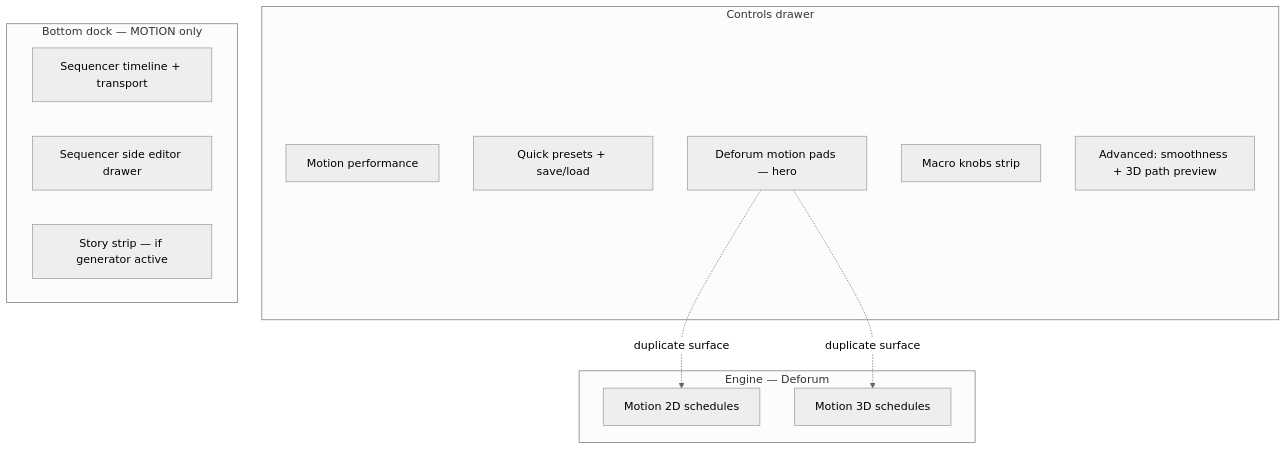
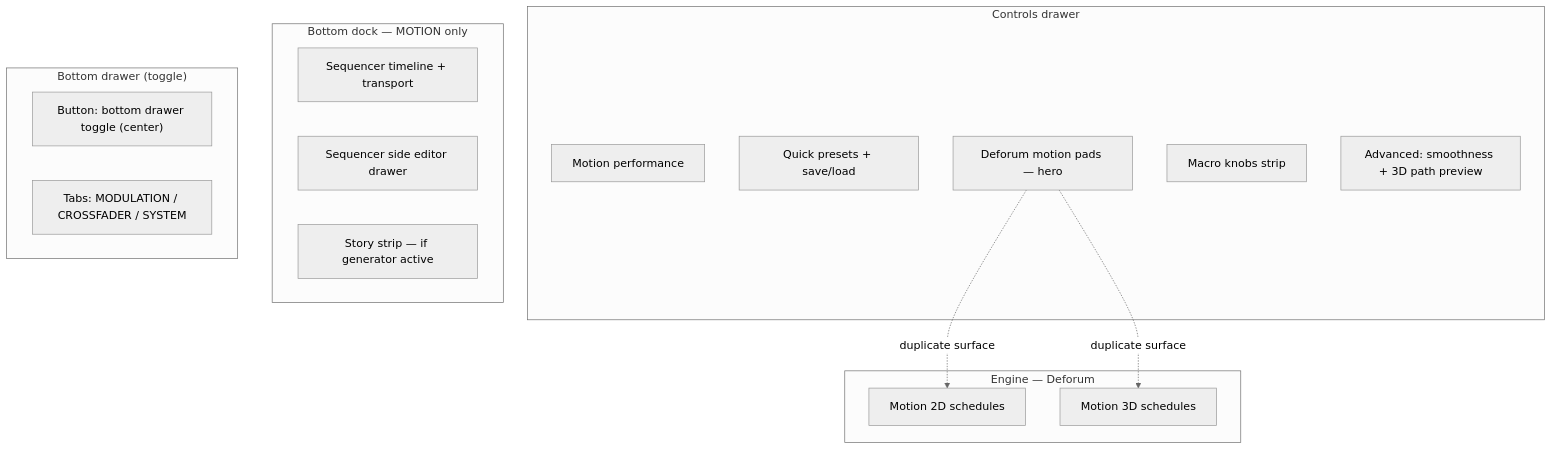
One commit to janiluuk/defora changed the fifth of 10 diagrams in docker/web/docs/UI-FEATURE-FLOW.md. Above: the diagram before and after it, drawn with Mermaid (neutral theme). The commit also changed other lines of this file and 40 other files, not shown here.

First line of the commit message:
feat(web): bottom drawer toggle, engine defaults, and UI flow docs

````diff
--- a/docker/web/docs/UI-FEATURE-FLOW.md
+++ b/docker/web/docs/UI-FEATURE-FLOW.md
@@ -193,23 +193,28 @@
 ```mermaid
 flowchart TB
   subgraph motion_ctrl["Controls drawer"]
     M_PERF["Motion performance"]
     M_PRESETS["Quick presets + save/load"]
     M_PADS["Deforum motion pads — hero"]
     M_MACRO["Macro knobs strip"]
     M_ADV["Advanced: smoothness + 3D path preview"]
   end
 
   subgraph motion_bottom["Bottom dock — MOTION only"]
     SEQ_MAIN["Sequencer timeline + transport"]
     SEQ_SIDE["Sequencer side editor drawer"]
     GEN_STORY["Story strip — if generator active"]
   end
 
+  subgraph motion_drawer["Bottom drawer (toggle)"]
+    BD_TOGGLE["Button: bottom drawer toggle (center)"]
+    BD_TABS["Tabs: MODULATION / CROSSFADER / SYSTEM"]
+  end
+
   subgraph motion_eng["Engine — Deforum"]
     E_MOT2D["Motion 2D schedules"]
     E_MOT3D["Motion 3D schedules"]
   end
 
   M_PADS -.->|"duplicate surface"| E_MOT2D & E_MOT3D
 ```
````
